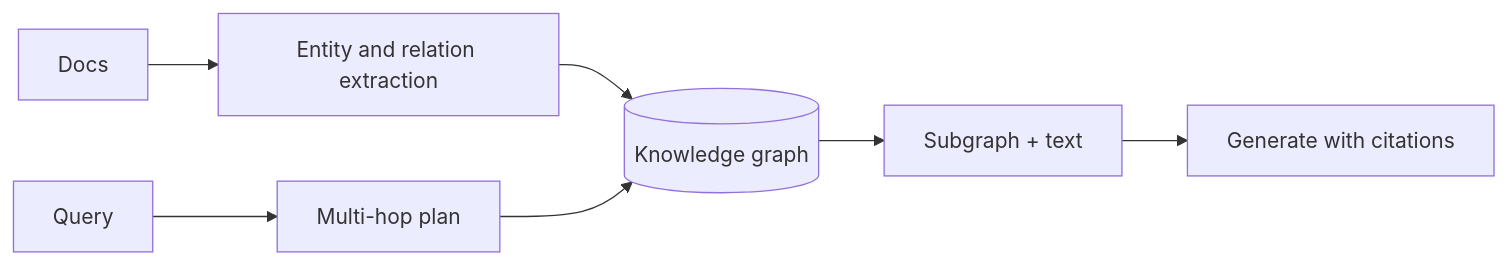
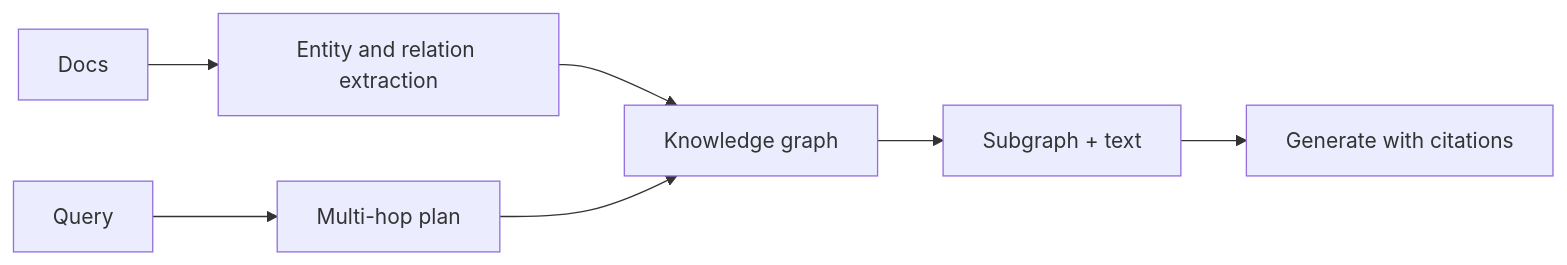
Before and after one commit to RIT-MESH/system-design-mastery: the first of 4 diagrams in case-studies/ai-systems/graphrag-research-platform.md, drawn with Mermaid. The commit also changed 139 other files, not shown here.

First line of the commit message:
Fix Mermaid parse errors: replace parentheses in node labels across 140 files

````diff
--- a/case-studies/ai-systems/graphrag-research-platform.md
+++ b/case-studies/ai-systems/graphrag-research-platform.md
@@ -49,10 +49,10 @@
 ```mermaid
 %% origin: original to system-design-mastery
 flowchart LR
   Docs --> Extract[Entity and relation extraction]
-  Extract --> Graph[(Knowledge graph)]
+  Extract --> Graph[Knowledge graph]
   Query --> Plan[Multi-hop plan]
   Plan --> Graph
   Graph --> Context[Subgraph + text]
   Context --> LLM[Generate with citations]
 ```
````
